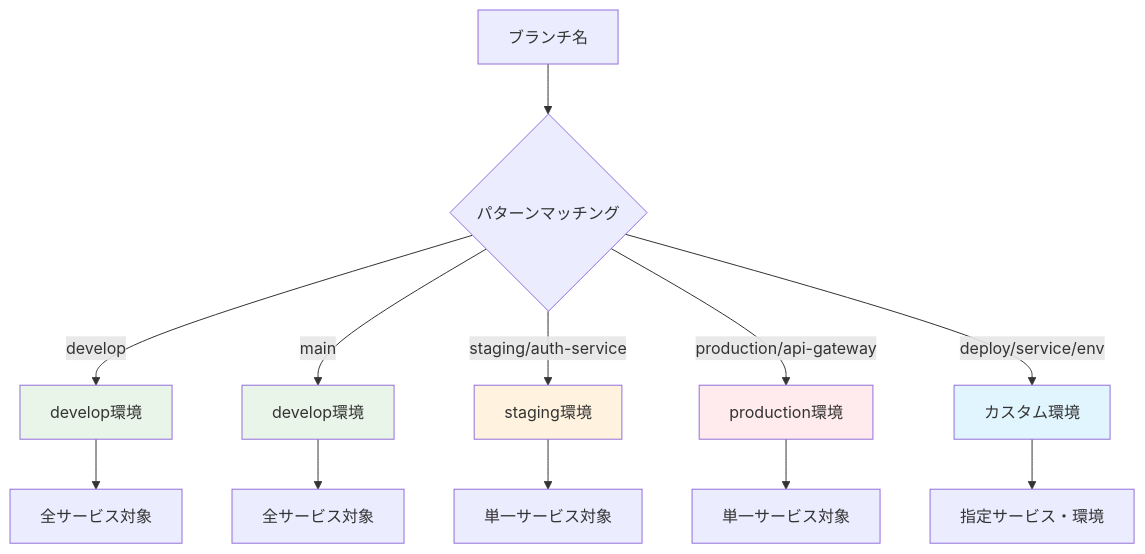
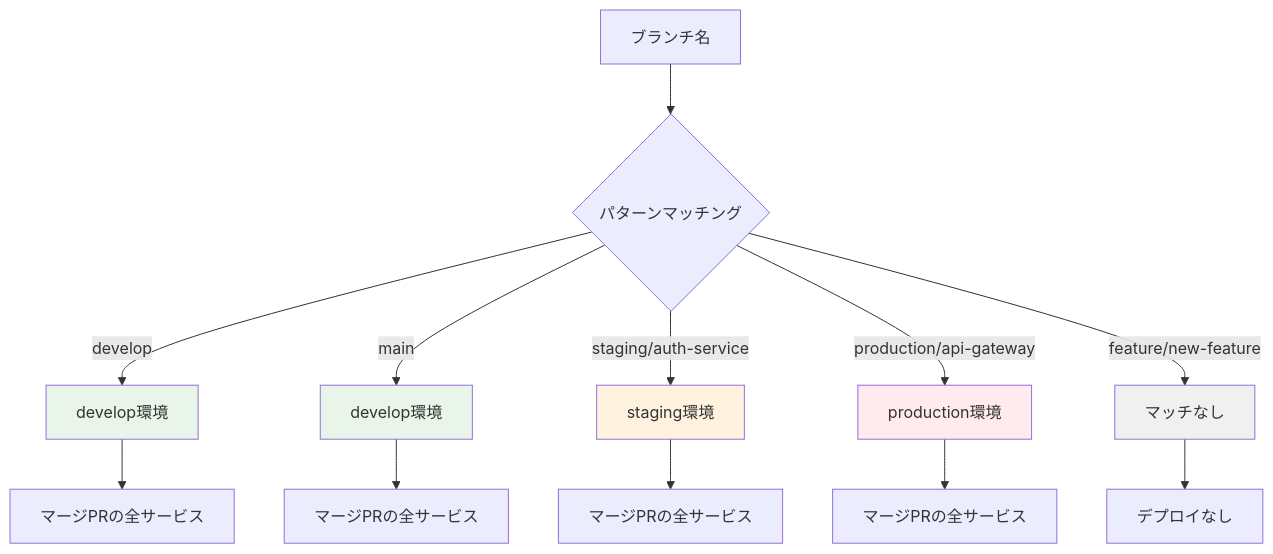
Before and after one commit to panicboat/monorepo: the fourth of 5 diagrams in .github/scripts/shared/README.md, drawn with Mermaid. The commit also changed other lines of this file and 5 other files, not shown here.

````diff
--- a/.github/scripts/shared/README.md
+++ b/.github/scripts/shared/README.md
@@ -193,22 +287,22 @@
 ```mermaid
 graph TD
     A[ブランチ名] --> B{パターンマッチング}
 
     B -->|develop| C[develop環境]
     B -->|main| D[develop環境]
     B -->|staging/auth-service| E[staging環境]
     B -->|production/api-gateway| F[production環境]
-    B -->|deploy/service/env| G[カスタム環境]
+    B -->|feature/new-feature| G[マッチなし]
 
-    C --> H[全サービス対象]
-    D --> I[全サービス対象]
-    E --> J[単一サービス対象]
-    F --> K[単一サービス対象]
-    G --> L[指定サービス・環境]
+    C --> H[マージPRの全サービス]
+    D --> I[マージPRの全サービス]
+    E --> J[マージPRの全サービス]
+    F --> K[マージPRの全サービス]
+    G --> L[デプロイなし]
 
     style C fill:#e8f5e8
     style D fill:#e8f5e8
     style E fill:#fff3e0
     style F fill:#ffebee
-    style G fill:#e1f5fe
+    style G fill:#f0f0f0
 ```
````
